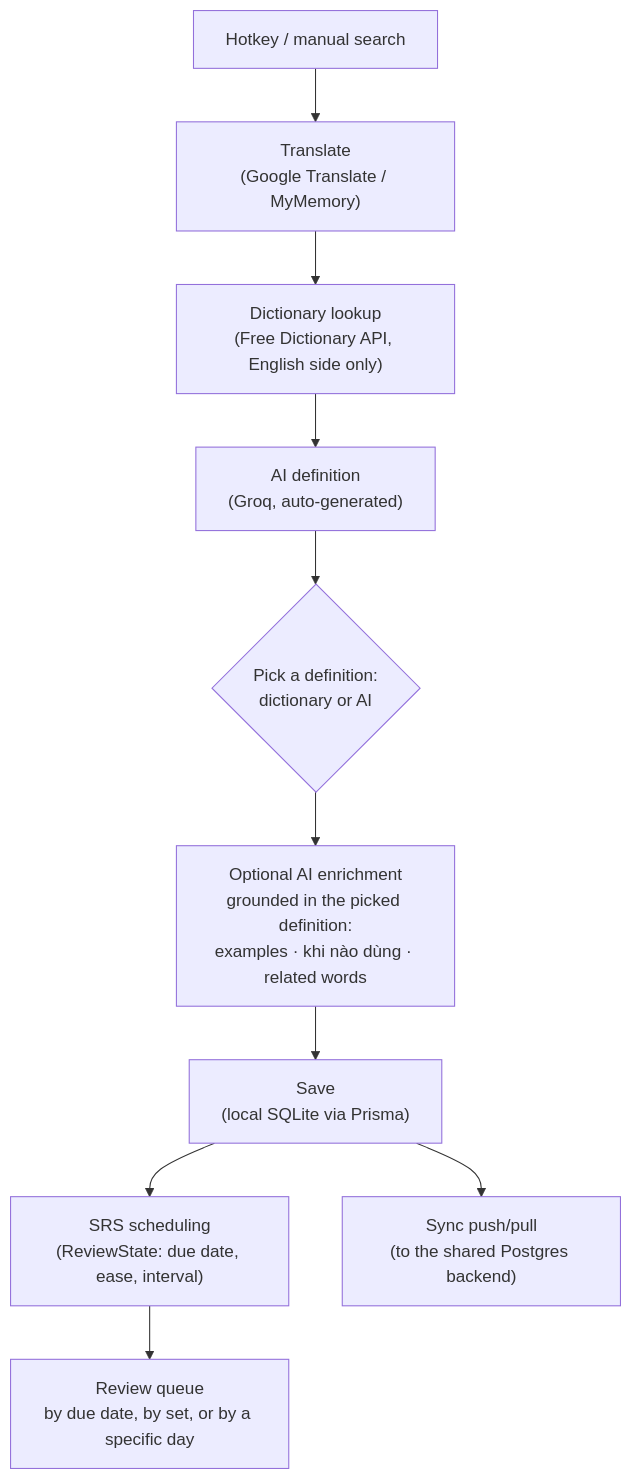
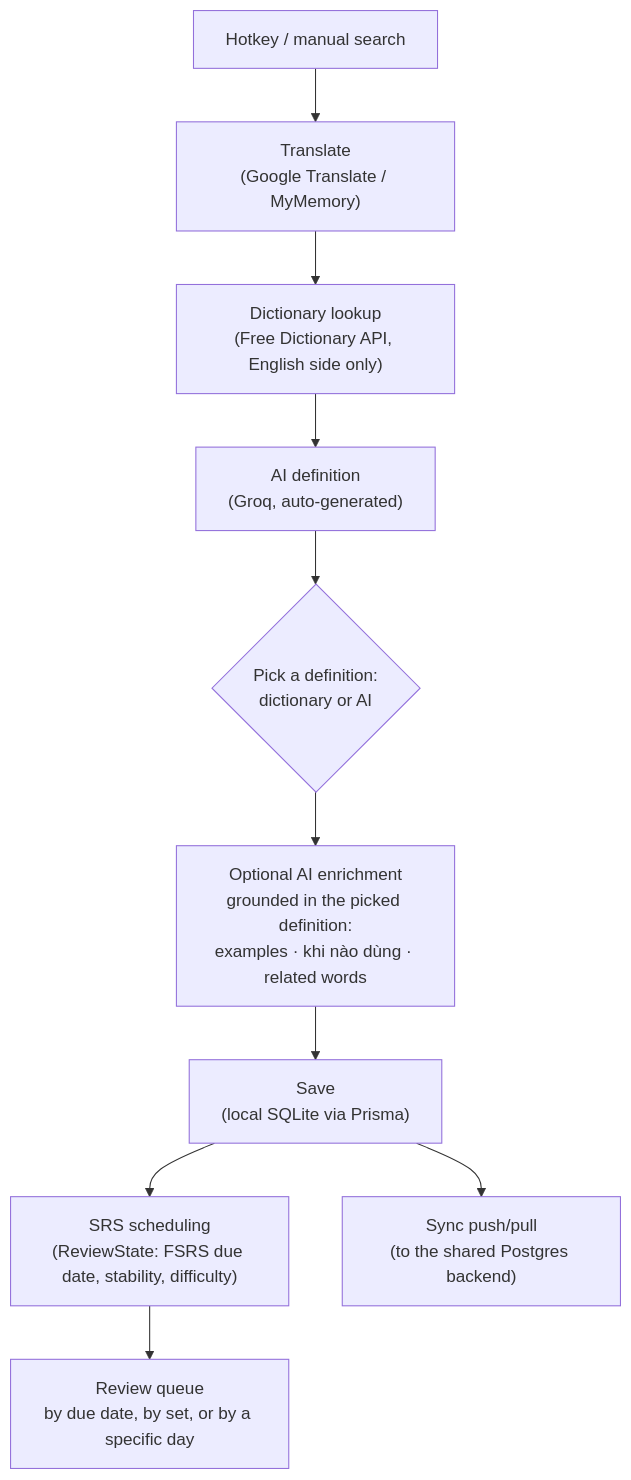
The second of 2 diagrams in README.md (dathoang1412/reckon), drawn with Mermaid before and after one commit. The commit also changed 15 other files, not shown here.

First line of the commit message:
feat: update spaced repetition algorithm to FSRS and adjust database schema

````diff
--- a/README.md
+++ b/README.md
@@ -94,12 +94,12 @@
 ```mermaid
 flowchart TD
     A["Hotkey / manual search"] --> B["Translate\n(Google Translate / MyMemory)"]
     B --> C["Dictionary lookup\n(Free Dictionary API, English side only)"]
     C --> D["AI definition\n(Groq, auto-generated)"]
     D --> E{"Pick a definition:\ndictionary or AI"}
     E --> F["Optional AI enrichment\ngrounded in the picked definition:\nexamples · khi nào dùng · related words"]
     F --> G["Save\n(local SQLite via Prisma)"]
-    G --> H["SRS scheduling\n(ReviewState: due date, ease, interval)"]
+    G --> H["SRS scheduling\n(ReviewState: FSRS due date, stability, difficulty)"]
     H --> I["Review queue\nby due date, by set, or by a specific day"]
     G --> J["Sync push/pull\n(to the shared Postgres backend)"]
 ```
````
